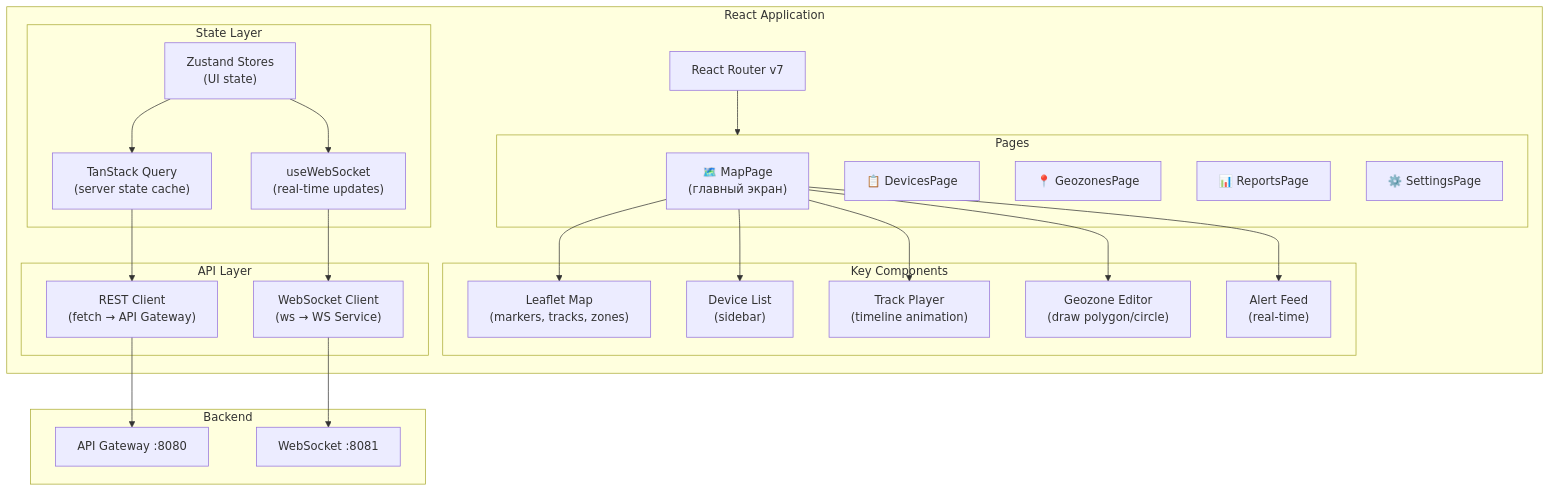
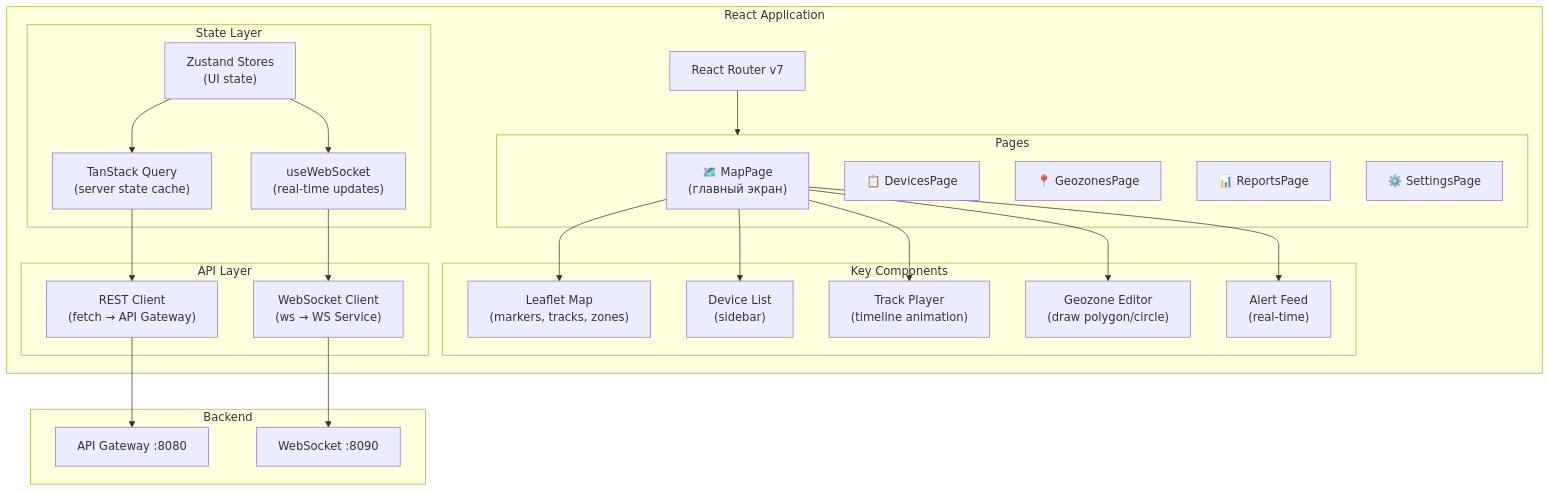
One commit to revarewerd/wayrecall-tracker-system changed diagram 13 of 18 in docs/blocks/ARCHITECTURE_BLOCK3.md. Above: the diagram before and after it, drawn with Mermaid. The commit also changed other lines of this file and 36 other files, not shown here.

````diff
--- a/docs/blocks/ARCHITECTURE_BLOCK3.md
+++ b/docs/blocks/ARCHITECTURE_BLOCK3.md
@@ -756,45 +747,45 @@
 ```mermaid
 flowchart TB
     subgraph App["React Application"]
         Router["React Router v7"]
         
         subgraph Pages["Pages"]
             MapPage["🗺️ MapPage\n(главный экран)"]
             DevicesPage["📋 DevicesPage"]
             GeozonesPage["📍 GeozonesPage"]
             ReportsPage["📊 ReportsPage"]
             SettingsPage["⚙️ SettingsPage"]
         end
 
         subgraph Components["Key Components"]
             LeafletMap["Leaflet Map\n(markers, tracks, zones)"]
             DeviceList["Device List\n(sidebar)"]
             TrackPlayer["Track Player\n(timeline animation)"]
             GeoEditor["Geozone Editor\n(draw polygon/circle)"]
             AlertFeed["Alert Feed\n(real-time)"]
         end
 
         subgraph StateLayer["State Layer"]
             TanStack["TanStack Query\n(server state cache)"]
             Zustand["Zustand Stores\n(UI state)"]
             WSHook["useWebSocket\n(real-time updates)"]
         end
 
         subgraph ApiLayer["API Layer"]
             RestClient["REST Client\n(fetch → API Gateway)"]
             WSClient["WebSocket Client\n(ws → WS Service)"]
         end
     end
 
     subgraph Backend["Backend"]
         GW["API Gateway :8080"]
-        WS["WebSocket :8081"]
+        WS["WebSocket :8090"]
     end
 
     Router --> Pages
     MapPage --> LeafletMap & DeviceList & TrackPlayer & GeoEditor & AlertFeed
     
     TanStack --> RestClient --> GW
     WSHook --> WSClient --> WS
     Zustand --> TanStack & WSHook
 ```
````
